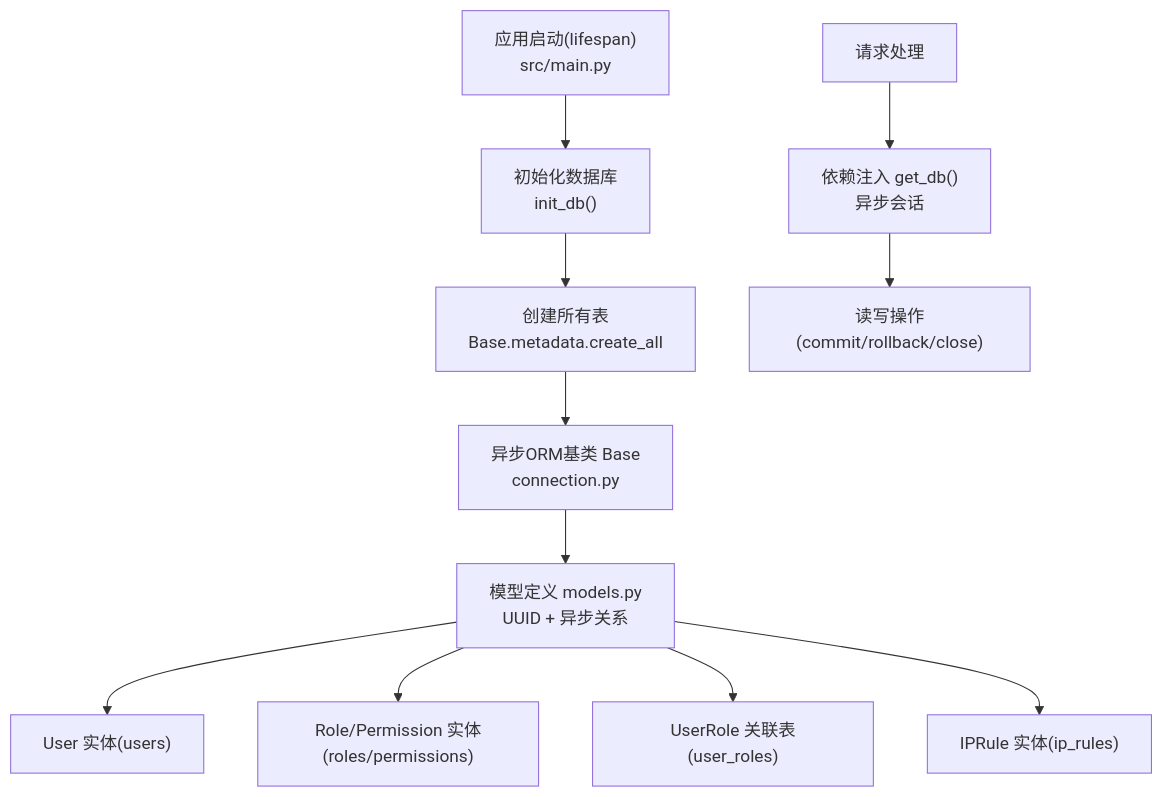
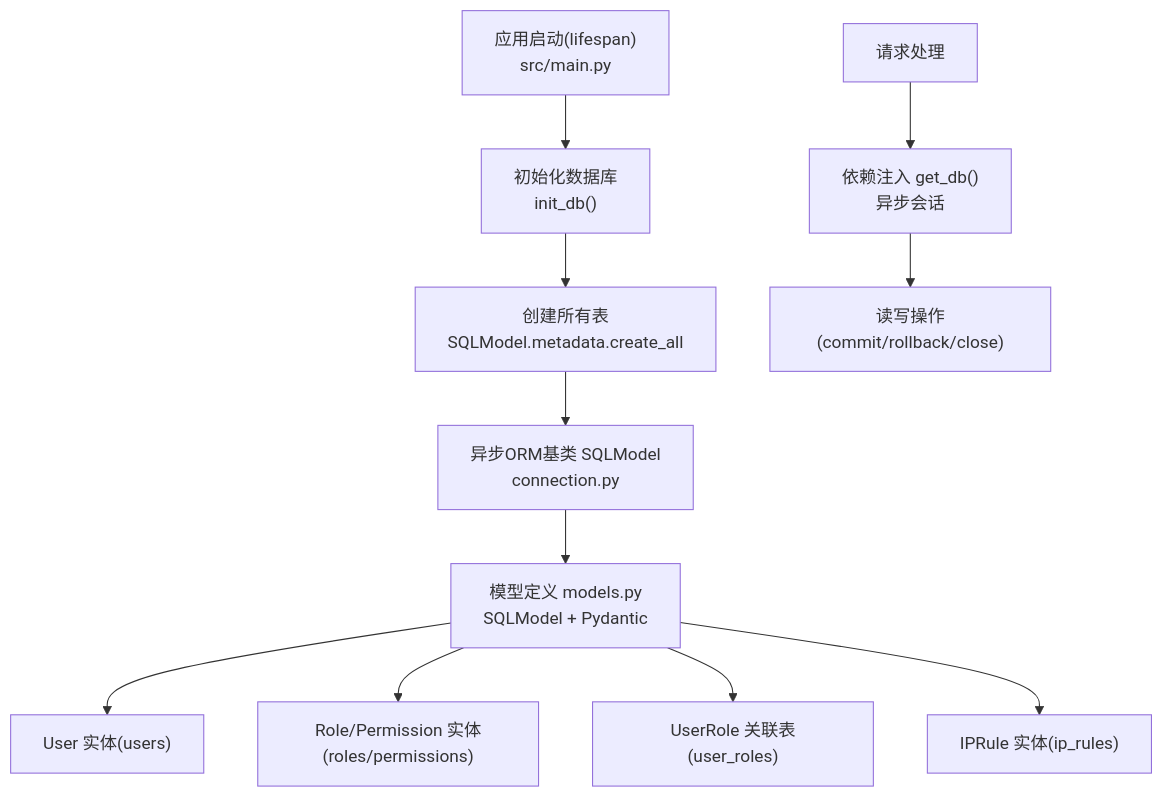
Before and after one commit to taoweidong/Hello-FastApi: the second of 12 diagrams in .qoder/repowiki/zh/content/数据模型设计/数据模型设计.md, drawn with Mermaid. The commit also changed other lines of this file and 11 other files, not shown here.

````diff
--- a/.qoder/repowiki/zh/content/数据模型设计/数据模型设计.md
+++ b/.qoder/repowiki/zh/content/数据模型设计/数据模型设计.md
@@ -128,13 +139,13 @@
 ```mermaid
 graph TB
 A["应用启动(lifespan)<br/>src/main.py"] --> B["初始化数据库<br/>init_db()"]
-B --> C["创建所有表<br/>Base.metadata.create_all"]
-C --> D["异步ORM基类 Base<br/>connection.py"]
-D --> E["模型定义 models.py<br/>UUID + 异步关系"]
+B --> C["创建所有表<br/>SQLModel.metadata.create_all"]
+C --> D["异步ORM基类 SQLModel<br/>connection.py"]
+D --> E["模型定义 models.py<br/>SQLModel + Pydantic"]
 E --> F["User 实体(users)"]
 E --> G["Role/Permission 实体(roles/permissions)"]
 E --> H["UserRole 关联表(user_roles)"]
 E --> I["IPRule 实体(ip_rules)"]
 J["请求处理"] --> K["依赖注入 get_db()<br/>异步会话"]
 K --> L["读写操作(commit/rollback/close)"]
 ```
````
